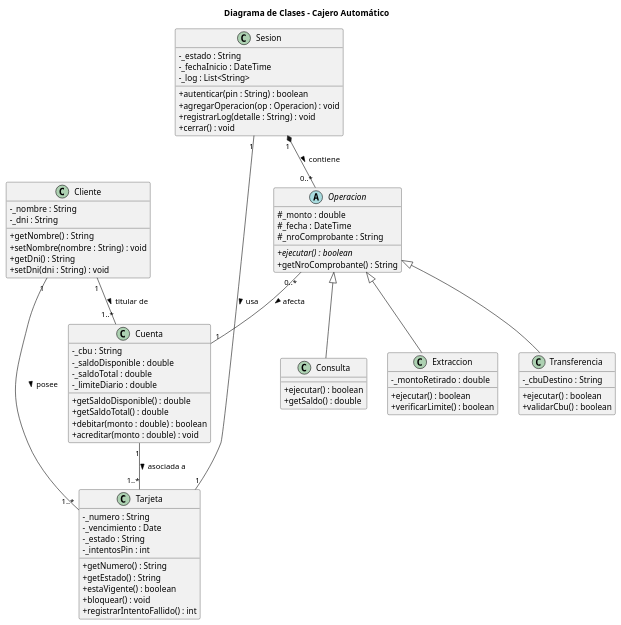
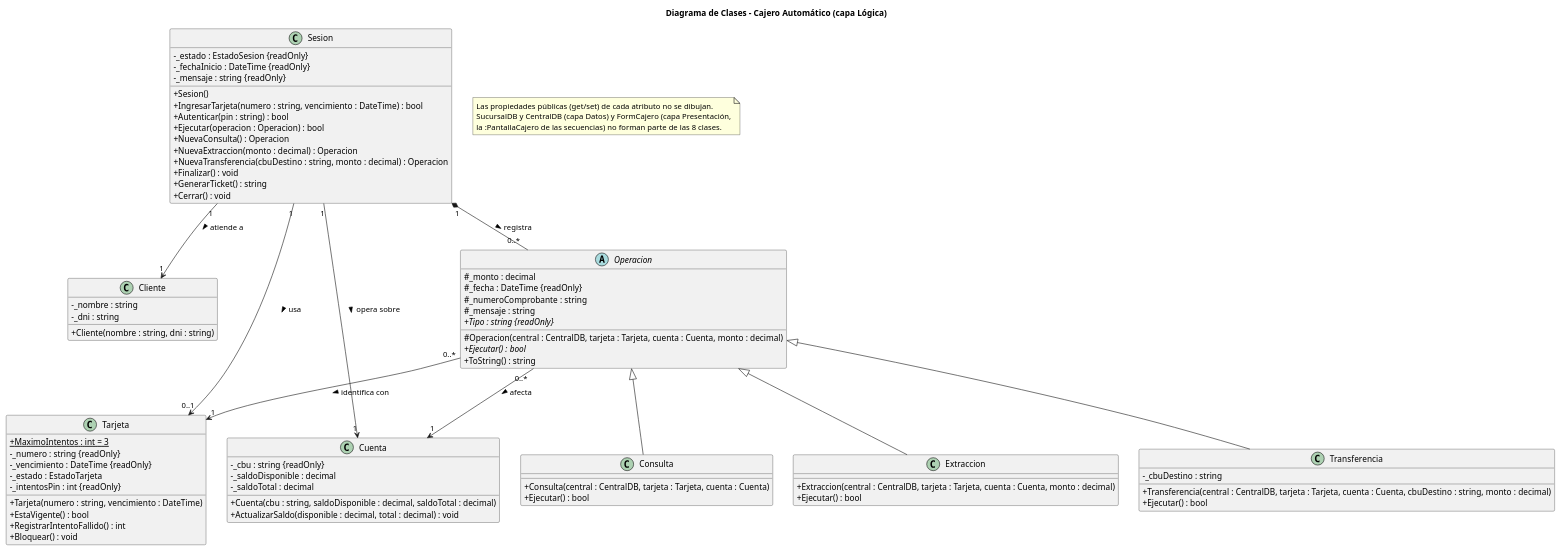
Before and after one commit to 4l3j0Ok/institute-third-year: the diagram in diseno-e-implementacion-de-sistemas/diagrams/04_clases.puml, drawn with PlantUML. The commit also changed 86 other files, not shown here.

```diff
--- a/diseno-e-implementacion-de-sistemas/diagrams/04_clases.puml
+++ b/diseno-e-implementacion-de-sistemas/diagrams/04_clases.puml
@@ -1,83 +1,91 @@
 @startuml 04_clases
-title Diagrama de Clases - Cajero Automático
+title Diagrama de Clases - Cajero Automático (capa Lógica)
 skinparam shadowing false
 skinparam classAttributeIconSize 0
 
 class Cliente {
-  - _nombre : String
-  - _dni : String
-  + getNombre() : String
-  + setNombre(nombre : String) : void
-  + getDni() : String
-  + setDni(dni : String) : void
+  - _nombre : string
+  - _dni : string
+  + Cliente(nombre : string, dni : string)
 }
 
 class Tarjeta {
-  - _numero : String
-  - _vencimiento : Date
-  - _estado : String
-  - _intentosPin : int
-  + getNumero() : String
-  + getEstado() : String
-  + estaVigente() : boolean
-  + bloquear() : void
-  + registrarIntentoFallido() : int
+  + {static} MaximoIntentos : int = 3
+  - _numero : string {readOnly}
+  - _vencimiento : DateTime {readOnly}
+  - _estado : EstadoTarjeta
+  - _intentosPin : int {readOnly}
+  + Tarjeta(numero : string, vencimiento : DateTime)
+  + EstaVigente() : bool
+  + RegistrarIntentoFallido() : int
+  + Bloquear() : void
 }
 
 class Cuenta {
-  - _cbu : String
-  - _saldoDisponible : double
-  - _saldoTotal : double
-  - _limiteDiario : double
-  + getSaldoDisponible() : double
-  + getSaldoTotal() : double
-  + debitar(monto : double) : boolean
-  + acreditar(monto : double) : void
+  - _cbu : string {readOnly}
+  - _saldoDisponible : decimal
+  - _saldoTotal : decimal
+  + Cuenta(cbu : string, saldoDisponible : decimal, saldoTotal : decimal)
+  + ActualizarSaldo(disponible : decimal, total : decimal) : void
 }
 
 class Sesion {
-  - _estado : String
-  - _fechaInicio : DateTime
-  - _log : List<String>
-  + autenticar(pin : String) : boolean
-  + agregarOperacion(op : Operacion) : void
-  + registrarLog(detalle : String) : void
-  + cerrar() : void
+  - _estado : EstadoSesion {readOnly}
+  - _fechaInicio : DateTime {readOnly}
+  - _mensaje : string {readOnly}
+  + Sesion()
+  + IngresarTarjeta(numero : string, vencimiento : DateTime) : bool
+  + Autenticar(pin : string) : bool
+  + Ejecutar(operacion : Operacion) : bool
+  + NuevaConsulta() : Operacion
+  + NuevaExtraccion(monto : decimal) : Operacion
+  + NuevaTransferencia(cbuDestino : string, monto : decimal) : Operacion
+  + Finalizar() : void
+  + GenerarTicket() : string
+  + Cerrar() : void
 }
 
 abstract class Operacion {
-  # _monto : double
-  # _fecha : DateTime
-  # _nroComprobante : String
-  + {abstract} ejecutar() : boolean
-  + getNroComprobante() : String
+  # _monto : decimal
+  # _fecha : DateTime {readOnly}
+  # _numeroComprobante : string
+  # _mensaje : string
+  + {abstract} Tipo : string {readOnly}
+  # Operacion(central : CentralDB, tarjeta : Tarjeta, cuenta : Cuenta, monto : decimal)
+  + {abstract} Ejecutar() : bool
+  + ToString() : string
 }
 
 class Consulta {
-  + ejecutar() : boolean
-  + getSaldo() : double
+  + Consulta(central : CentralDB, tarjeta : Tarjeta, cuenta : Cuenta)
+  + Ejecutar() : bool
 }
 
 class Extraccion {
-  - _montoRetirado : double
-  + ejecutar() : boolean
-  + verificarLimite() : boolean
+  + Extraccion(central : CentralDB, tarjeta : Tarjeta, cuenta : Cuenta, monto : decimal)
+  + Ejecutar() : bool
 }
 
 class Transferencia {
-  - _cbuDestino : String
-  + ejecutar() : boolean
-  + validarCbu() : boolean
+  - _cbuDestino : string
+  + Transferencia(central : CentralDB, tarjeta : Tarjeta, cuenta : Cuenta, cbuDestino : string, monto : decimal)
+  + Ejecutar() : bool
 }
 
 Operacion <|-- Consulta
 Operacion <|-- Extraccion
 Operacion <|-- Transferencia
 
-Cliente "1" -- "1..*" Tarjeta : posee >
-Cuenta "1" -- "1..*" Tarjeta : asociada a >
-Cliente "1" -- "1..*" Cuenta : titular de >
-Sesion "1" -- "1" Tarjeta : usa >
-Sesion "1" *-- "0..*" Operacion : contiene >
-Operacion "0..*" -- "1" Cuenta : afecta >
+Sesion "1" *-- "0..*" Operacion : registra >
+Sesion "1" --> "0..1" Tarjeta : usa >
+Sesion "1" --> "1" Cuenta : opera sobre >
+Sesion "1" --> "1" Cliente : atiende a >
+Operacion "0..*" --> "1" Tarjeta : identifica con >
+Operacion "0..*" --> "1" Cuenta : afecta >
+
+note as capas
+  Las propiedades públicas (get/set) de cada atributo no se dibujan.
+  SucursalDB y CentralDB (capa Datos) y FormCajero (capa Presentación,
+  la :PantallaCajero de las secuencias) no forman parte de las 8 clases.
+end note
 @enduml
```
